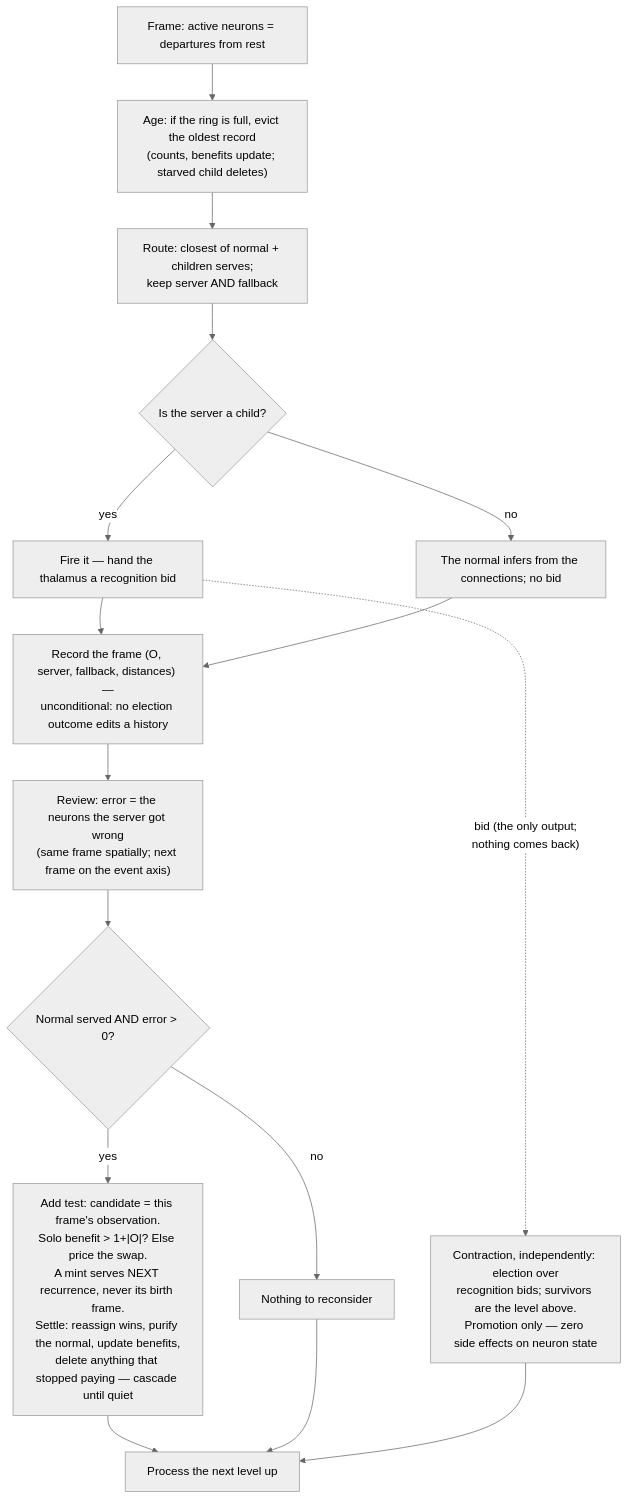
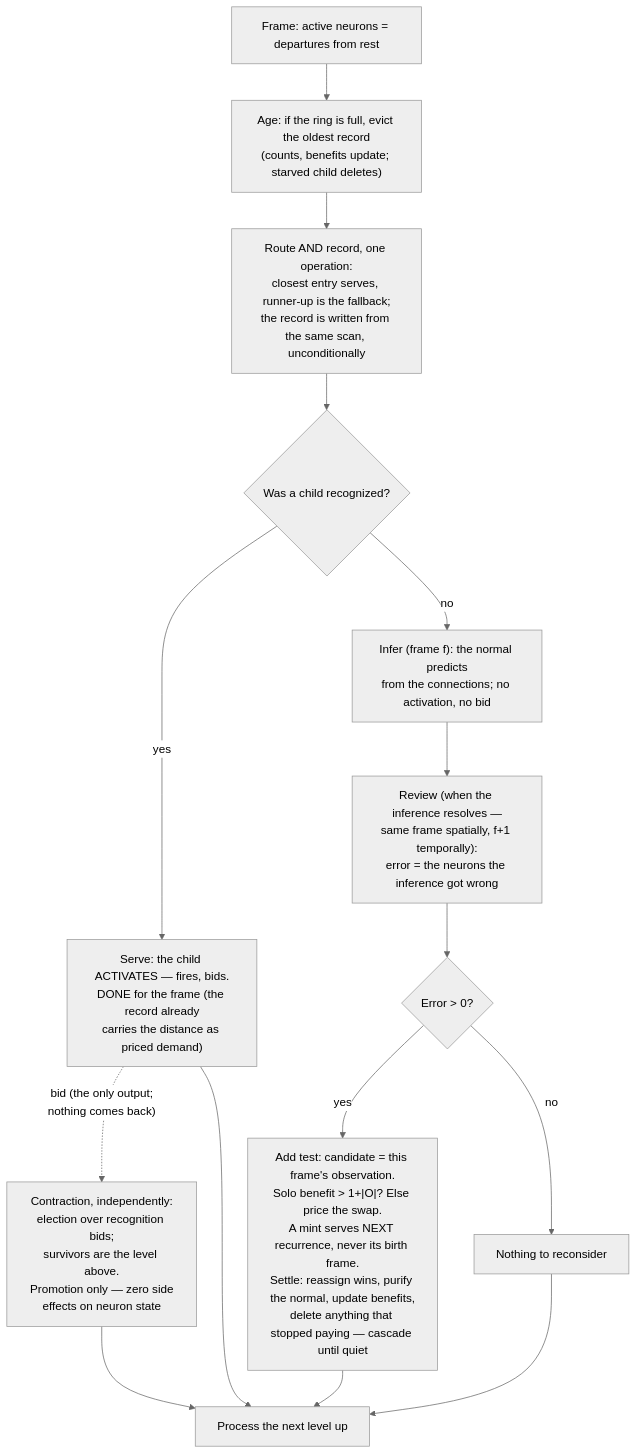
One commit to cucar/robot_brain changed the diagram in docs/algorithm.md. Above: the diagram before and after it, drawn with Mermaid (neutral theme). The commit also changed other lines of this file, not shown here.

First line of the commit message:
algorithm.md: route+record as one operation; early return on recognition; infer/review split

````diff
--- a/docs/algorithm.md
+++ b/docs/algorithm.md
@@ -689,18 +701,17 @@
 ```mermaid
 flowchart TD
     A["Frame: active neurons = departures from rest"] --> B["Age: if the ring is full, evict the oldest record<br/>(counts, benefits update; starved child deletes)"]
-    B --> C["Route: closest of normal + children serves;<br/>keep server AND fallback"]
-    C --> D{"Is the server a child?"}
-    D -->|yes| E["Fire it — hand the thalamus a recognition bid"]
-    D -->|no| F["The normal infers from the connections; no bid"]
-    E --> J["Record the frame (O, server, fallback, distances) —<br/>unconditional: no election outcome edits a history"]
-    F --> J
-    E -.->|"bid (the only output;<br/>nothing comes back)"| X["Contraction, independently: election over<br/>recognition bids; survivors are the level above.<br/>Promotion only — zero side effects on neuron state"]
-    J --> K["Review: error = the neurons the server got wrong<br/>(same frame spatially; next frame on the event axis)"]
-    K --> L{"Normal served AND error > 0?"}
+    B --> C["Route AND record, one operation:<br/>closest entry serves, runner-up is the fallback;<br/>the record is written from the same scan, unconditionally"]
+    C --> D{"Was a child recognized?"}
+    D -->|yes| E["Serve: the child ACTIVATES — fires, bids.<br/>DONE for the frame (the record already<br/>carries the distance as priced demand)"]
+    E -.->|"bid (the only output;<br/>nothing comes back)"| X["Contraction, independently:<br/>election over recognition bids;<br/>survivors are the level above.<br/>Promotion only — zero side<br/>effects on neuron state"]
+    D -->|no| F["Infer (frame f): the normal predicts<br/>from the connections; no activation, no bid"]
+    F --> K["Review (when the inference resolves —<br/>same frame spatially, f+1 temporally):<br/>error = the neurons the inference got wrong"]
+    K --> L{"Error > 0?"}
     L -->|yes| M["Add test: candidate = this frame's observation.<br/>Solo benefit > 1+|O|? Else price the swap.<br/>A mint serves NEXT recurrence, never its birth frame.<br/>Settle: reassign wins, purify the normal, update benefits,<br/>delete anything that stopped paying — cascade until quiet"]
     L -->|no| N["Nothing to reconsider"]
-    M --> O["Process the next level up"]
+    E --> O["Process the next level up"]
+    M --> O
     N --> O
     X --> O
 ```
````
